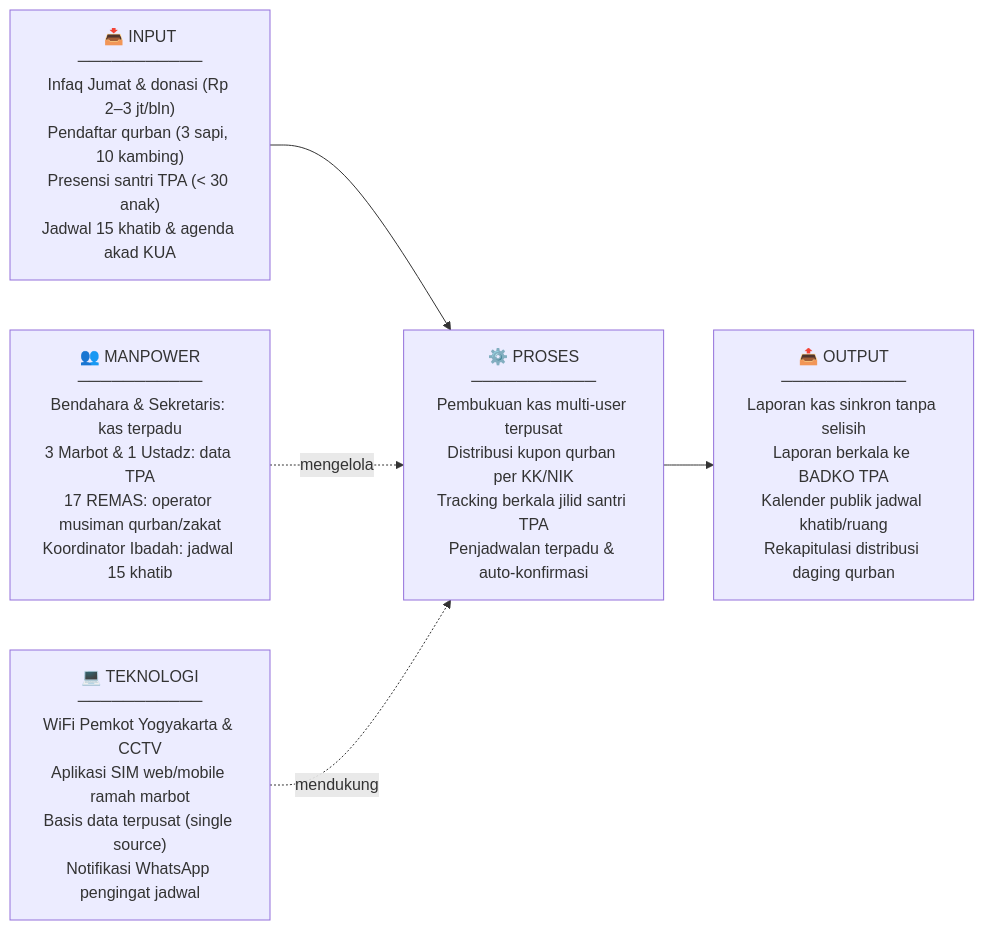
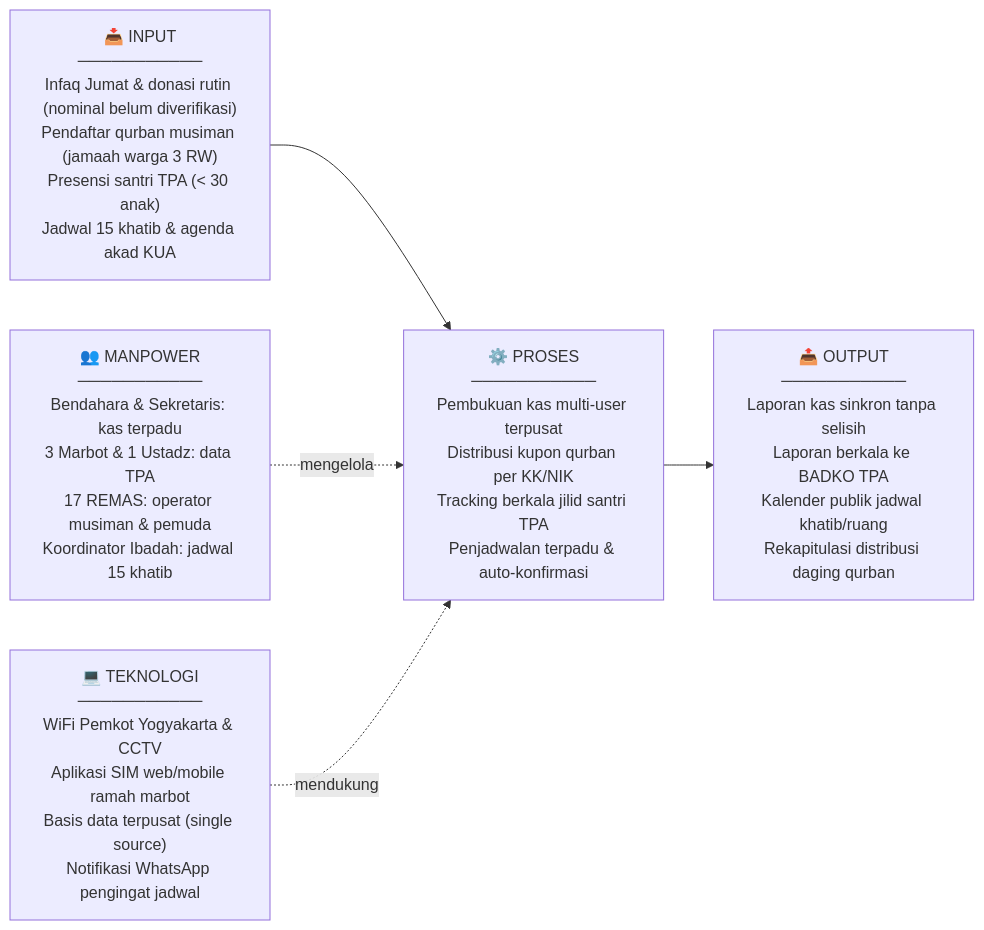
One commit to anothersunrisee/project-MSI changed the first of 2 diagrams in Laporan Modul 1 - Kelompok 1 F1.md. Above: the diagram before and after it, drawn with Mermaid. The commit also changed other lines of this file and 1 other file, not shown here.

Commit message:
fix(modul-1-2): harmonize diagrams and internal REMAS governance findings across Modul 1 and 2

````diff
--- a/Laporan Modul 1 - Kelompok 1 F1.md
+++ b/Laporan Modul 1 - Kelompok 1 F1.md
@@ -64,12 +64,12 @@
 ```mermaid
 flowchart LR
-    A["📥 INPUT\n───────────\nInfaq Jumat & donasi (Rp 2–3 jt/bln)\nPendaftar qurban (3 sapi, 10 kambing)\nPresensi santri TPA (< 30 anak)\nJadwal 15 khatib & agenda akad KUA"]
+    A["📥 INPUT\n───────────\nInfaq Jumat & donasi rutin (nominal belum diverifikasi)\nPendaftar qurban musiman (jamaah warga 3 RW)\nPresensi santri TPA (< 30 anak)\nJadwal 15 khatib & agenda akad KUA"]
     B["⚙️ PROSES\n───────────\nPembukuan kas multi-user terpusat\nDistribusi kupon qurban per KK/NIK\nTracking berkala jilid santri TPA\nPenjadwalan terpadu & auto-konfirmasi"]
     C["📤 OUTPUT\n───────────\nLaporan kas sinkron tanpa selisih\nLaporan berkala ke BADKO TPA\nKalender publik jadwal khatib/ruang\nRekapitulasi distribusi daging qurban"]
-    D["👥 MANPOWER\n───────────\nBendahara & Sekretaris: kas terpadu\n3 Marbot & 1 Ustadz: data TPA\n17 REMAS: operator musiman qurban/zakat\nKoordinator Ibadah: jadwal 15 khatib"]
+    D["👥 MANPOWER\n───────────\nBendahara & Sekretaris: kas terpadu\n3 Marbot & 1 Ustadz: data TPA\n17 REMAS: operator musiman & pemuda\nKoordinator Ibadah: jadwal 15 khatib"]
     E["💻 TEKNOLOGI\n───────────\nWiFi Pemkot Yogyakarta & CCTV\nAplikasi SIM web/mobile ramah marbot\nBasis data terpusat (single source)\nNotifikasi WhatsApp pengingat jadwal"]
 
     A --> B --> C
     D -. mengelola .-> B
     E -. mendukung .-> B
 ```
````
